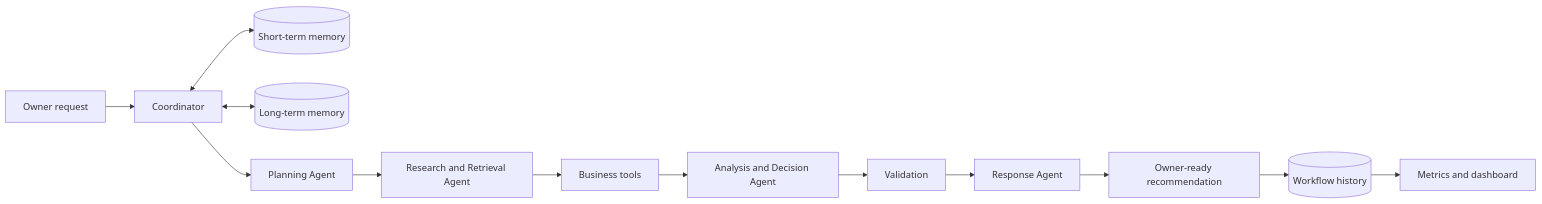
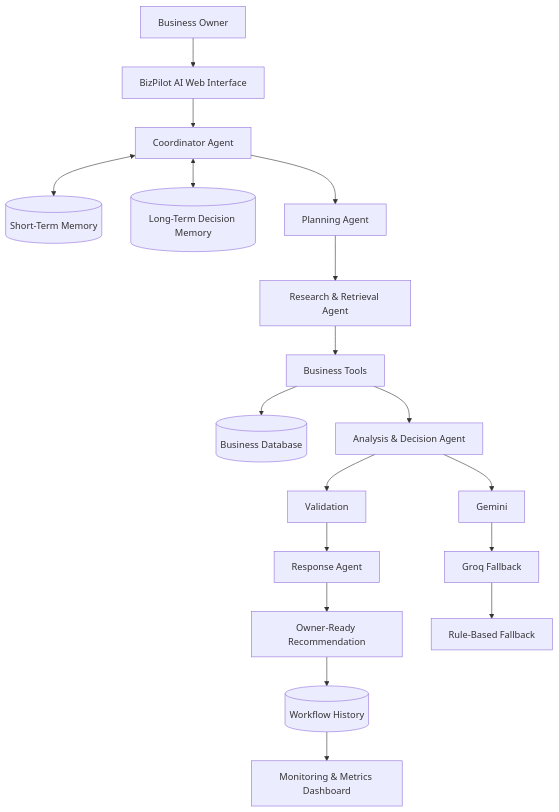
The diagram in README.md (VishnuKumarLH/BizPilotAI-Infosys), drawn with Mermaid before and after one commit. The commit also changed other lines of this file, not shown here.

````diff
--- a/README.md
+++ b/README.md
@@ -24,15 +103,37 @@
 ```mermaid
-flowchart LR
-    Q[Owner request] --> C[Coordinator]
-    C <--> S[(Short-term memory)]
-    C <--> L[(Long-term memory)]
+flowchart TD
+
+    U[Business Owner] --> UI[BizPilot AI Web Interface]
+
+    UI --> C[Coordinator Agent]
+
+    C <--> STM[(Short-Term Memory)]
+
+    C <--> LTM[(Long-Term Decision Memory)]
+
     C --> P[Planning Agent]
-    P --> R[Research and Retrieval Agent]
-    R --> T[Business tools]
-    T --> A[Analysis and Decision Agent]
+
+    P --> R[Research & Retrieval Agent]
+
+    R --> T[Business Tools]
+
+    T --> D[(Business Database)]
+
+    T --> A[Analysis & Decision Agent]
+
     A --> V[Validation]
+
     V --> F[Response Agent]
-    F --> O[Owner-ready recommendation]
-    O --> H[(Workflow history)]
-    H --> M[Metrics and dashboard]
+
+    F --> O[Owner-Ready Recommendation]
+
+    O --> H[(Workflow History)]
+
+    H --> M[Monitoring & Metrics Dashboard]
+
+    A --> AI[Gemini]
+
+    AI --> G[Groq Fallback]
+
+    G --> RB[Rule-Based Fallback]
 ```
````
